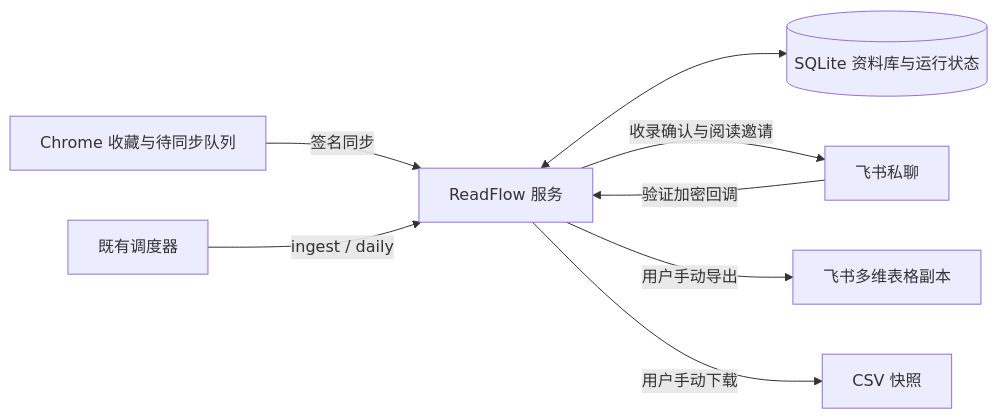
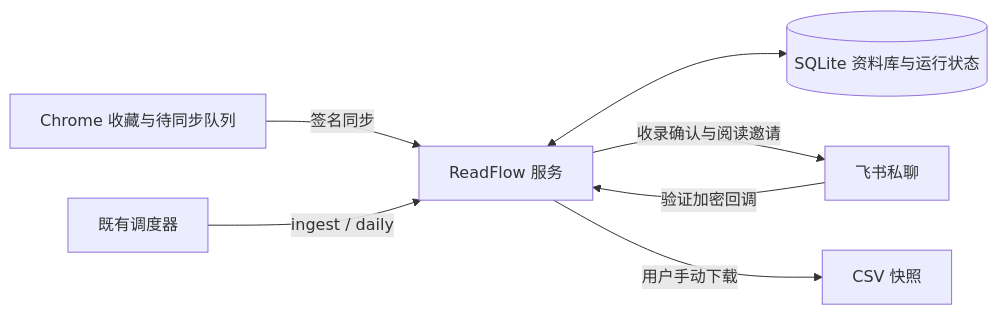
Before and after one commit to fifteenbao/NewsBridge: the diagram in docs/ARCHITECTURE.md, drawn with Mermaid. The commit also changed other lines of this file and 44 other files, not shown here.

````diff
--- a/docs/ARCHITECTURE.md
+++ b/docs/ARCHITECTURE.md
@@ -5,10 +5,9 @@
 ```mermaid
 flowchart LR
   Chrome[Chrome 收藏与待同步队列] -->|签名同步| Service[ReadFlow 服务]
   Chat[飞书私聊] -->|验证加密回调| Service
   Service <--> DB[(SQLite 资料库与运行状态)]
   Scheduler[既有调度器] -->|ingest / daily| Service
   Service -->|收录确认与阅读邀请| Chat
-  Service -->|用户手动导出| Table[飞书多维表格副本]
   Service -->|用户手动下载| CSV[CSV 快照]
 ```
````
